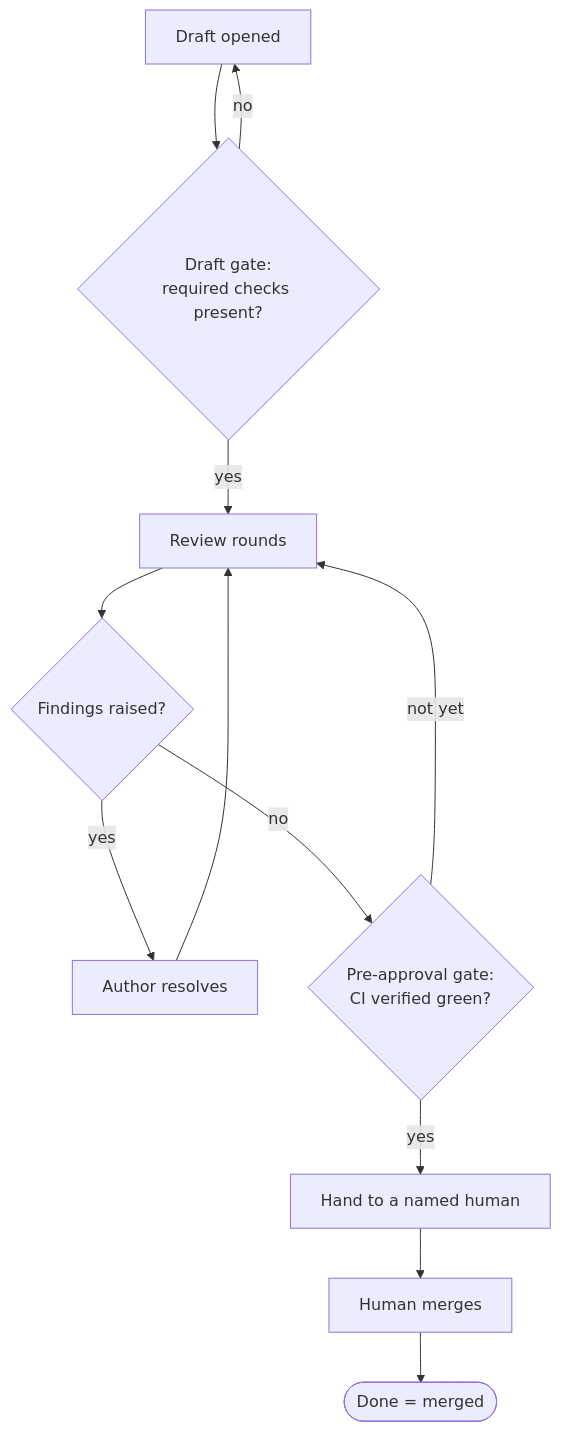
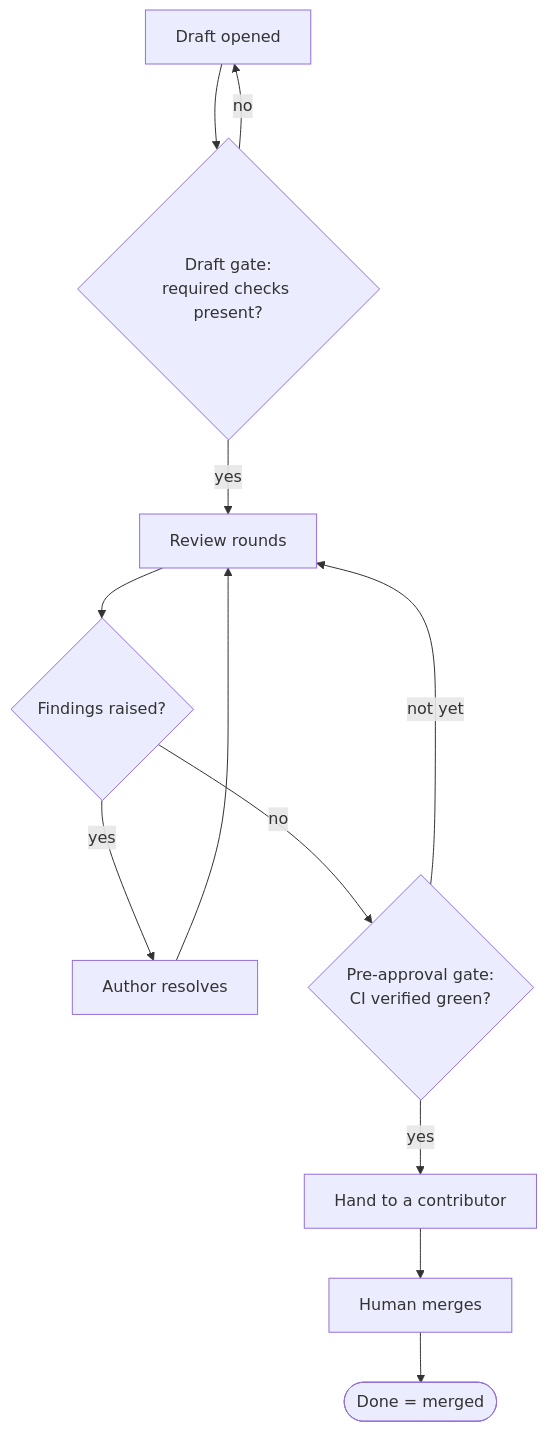
Before and after one commit to mfittko/dev-loops: the second of 8 diagrams in docs/articles/dev-loops-deep-dive.md, drawn with Mermaid. The commit also changed other lines of this file and 15 other files, not shown here.

First line of the commit message:
docs: replace 'named human/person' with 'contributor' across articles and decks (#1026)

````diff
--- a/docs/articles/dev-loops-deep-dive.md
+++ b/docs/articles/dev-loops-deep-dive.md
@@ -60,13 +60,13 @@
 ```mermaid
 flowchart TD
   A[Draft opened] --> B{Draft gate:<br/>required checks present?}
   B -- no --> A
   B -- yes --> C[Review rounds]
   C --> D{Findings raised?}
   D -- yes --> E[Author resolves] --> C
   D -- no --> F{Pre-approval gate:<br/>CI verified green?}
   F -- not yet --> C
-  F -- yes --> G[Hand to a named human]
+  F -- yes --> G[Hand to a contributor]
   G --> H[Human merges]
   H --> I([Done = merged])
 ```
````
